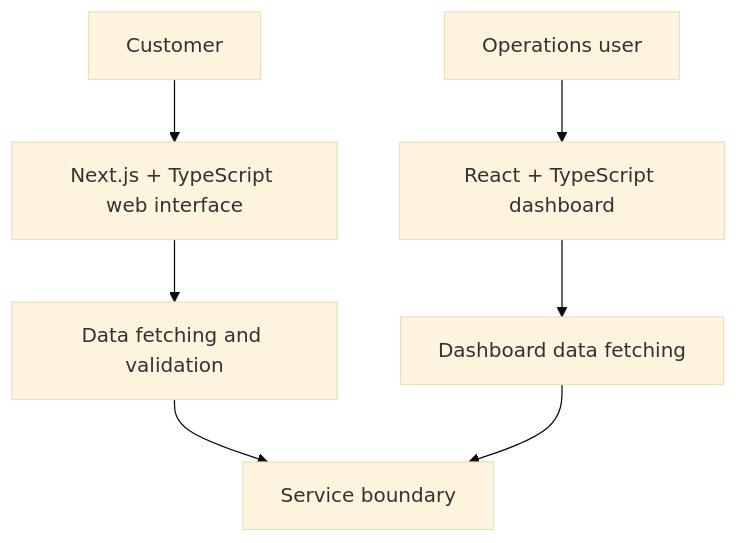
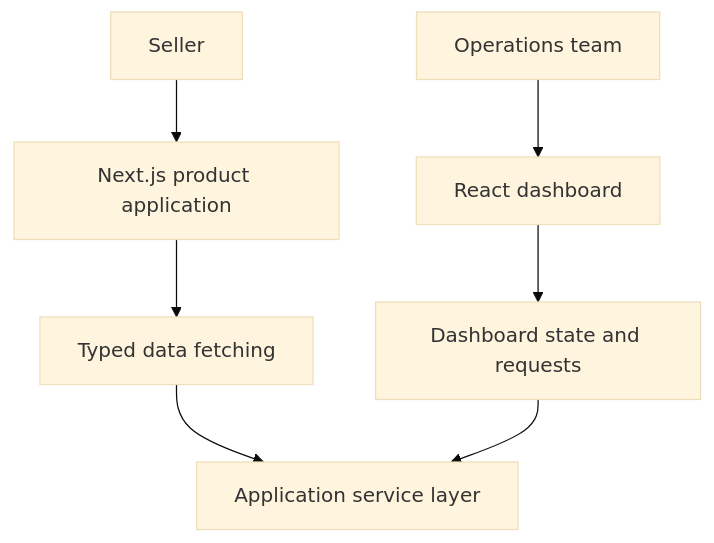
Before and after one commit to Abi0l9/Abi0l9: the first of 3 diagrams in portfolio/architecture/README.md, drawn with Mermaid (base theme). The commit also changed other lines of this file, not shown here.

Commit message:
docs(architecture): name actual products and simplify public architecture notes

````diff
--- a/portfolio/architecture/README.md
+++ b/portfolio/architecture/README.md
@@ -9,9 +9,9 @@
 ```mermaid
 flowchart TB
-  User["Customer"] --> Web["Next.js + TypeScript web interface"]
-  Operator["Operations user"] --> Admin["React + TypeScript dashboard"]
-  Web --> UX["Data fetching and validation"]
-  Admin --> DX["Dashboard data fetching"]
-  UX --> Services["Service boundary"]
-  DX --> Services
+  S["Seller"] --> W["Next.js product application"]
+  A["Operations team"] --> D["React dashboard"]
+  W --> Q["Typed data fetching"]
+  D --> R["Dashboard state and requests"]
+  Q --> B["Application service layer"]
+  R --> B
 ```
````
